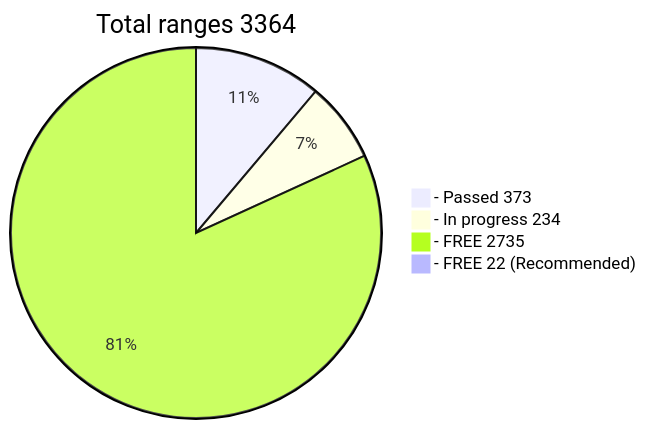
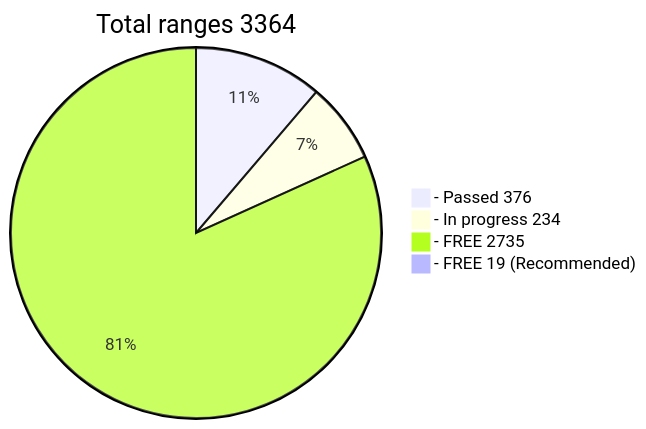
One commit to phrutis/wif500 changed the diagram in README.md. Above: the diagram before and after it, drawn with Mermaid.

````diff
--- a/README.md
+++ b/README.md
@@ -16,7 +16,7 @@
 ```mermaid
 pie title Total ranges 3364
-  "- Passed 373" : 373
+  "- Passed 376" : 376
   "- In progress 234" : 234
   "- FREE 2735" : 2735
-  "- FREE 22 (Recommended)" : 22
+  "- FREE 19 (Recommended)" : 19
 ```
````
